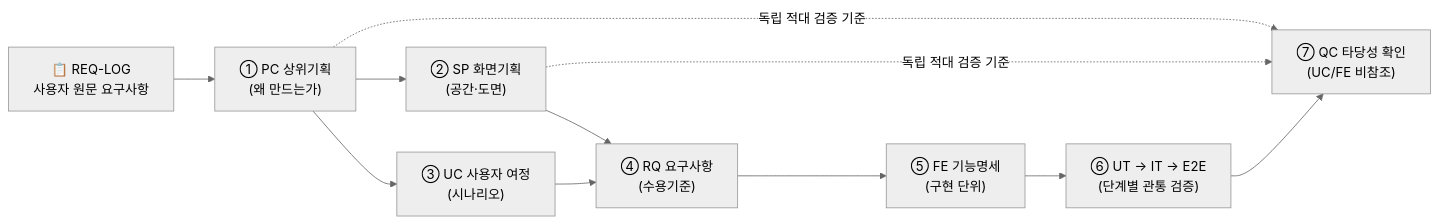
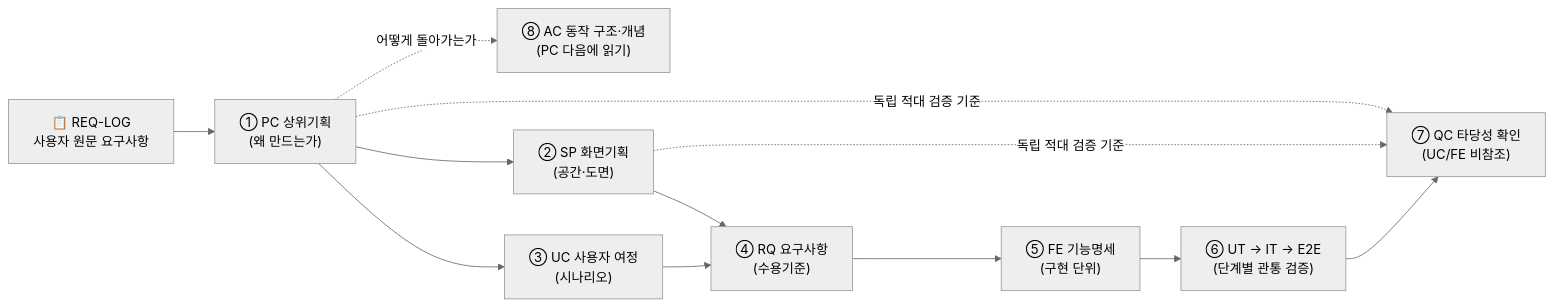
Before and after one commit to nextain/naia-adk: the diagram in templates/project-skeleton/docs/specs/01-PC-product-concept.ko.md, drawn with Mermaid (neutral theme). The commit also changed other lines of this file and 11 other files, not shown here.

````diff
--- a/templates/project-skeleton/docs/specs/01-PC-product-concept.ko.md
+++ b/templates/project-skeleton/docs/specs/01-PC-product-concept.ko.md
@@ -22,13 +22,14 @@
 ```mermaid
 flowchart LR
   REQ["📋 REQ-LOG\n사용자 원문 요구사항"] --> PC["① PC 상위기획\n(왜 만드는가)"]
+  PC -. "어떻게 돌아가는가" .-> AC["⑧ AC 동작 구조·개념\n(PC 다음에 읽기)"]
   PC --> SP["② SP 화면기획\n(공간·도면)"]
   PC --> UC["③ UC 사용자 여정\n(시나리오)"]
   SP --> RQ["④ RQ 요구사항\n(수용기준)"]
   UC --> RQ
   RQ --> FE["⑤ FE 기능명세\n(구현 단위)"]
   FE --> TEST["⑥ UT → IT → E2E\n(단계별 관통 검증)"]
   PC -. "독립 적대 검증 기준" .-> QC["⑦ QC 타당성 확인\n(UC/FE 비참조)"]
   SP -. "독립 적대 검증 기준" .-> QC
   TEST --> QC
 ```
````
